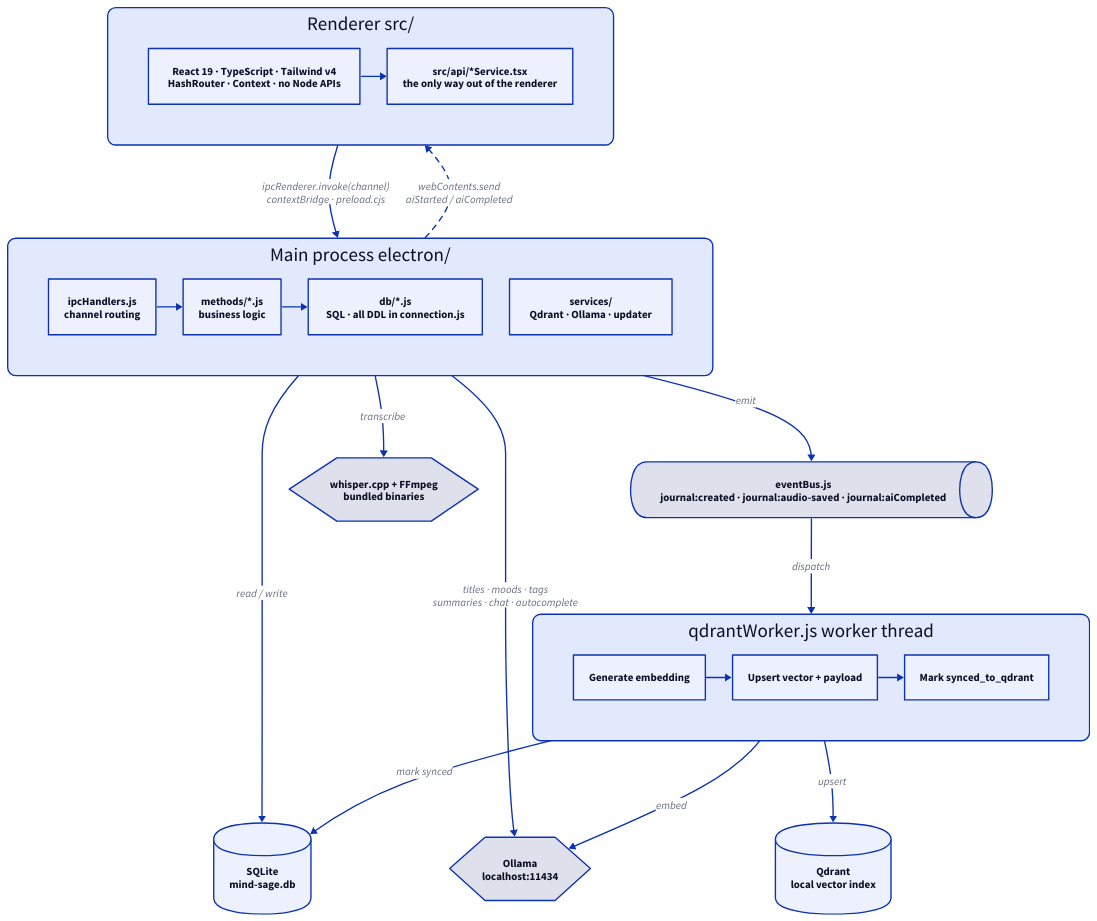
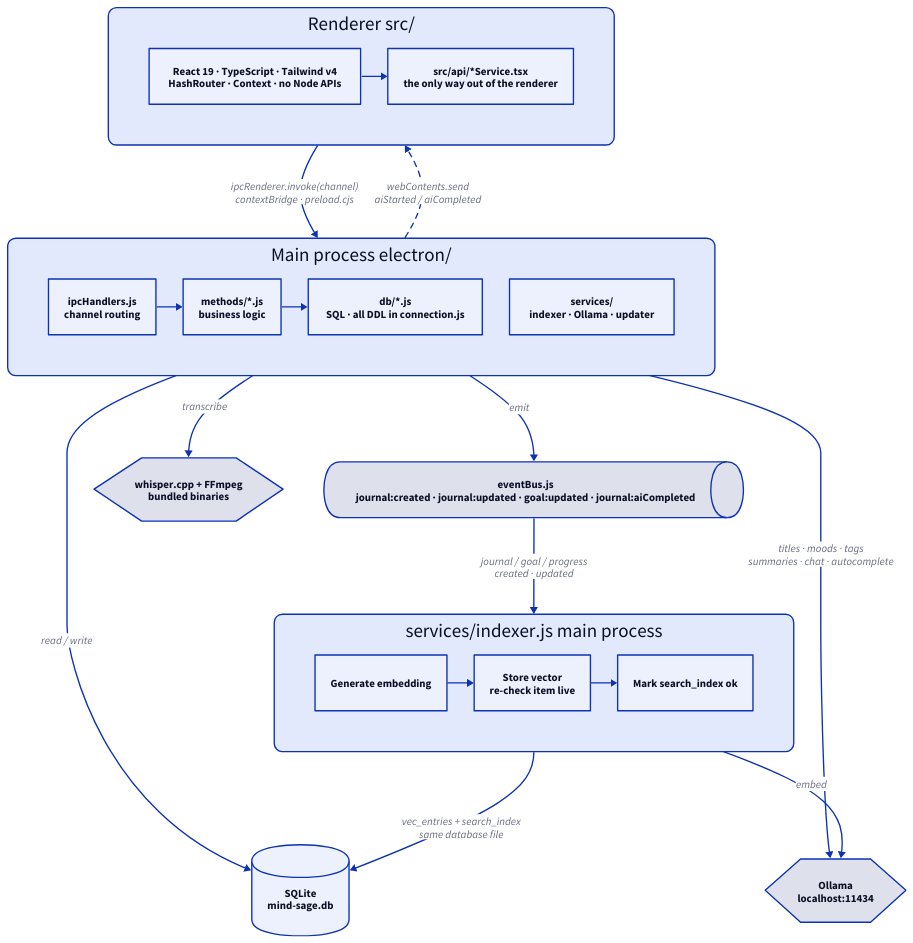
The diagram in assets/diagrams/src/architecture.d2 (Arinaymaybhaskar/MindSage_desktop_app), drawn with D2 before and after one commit. The commit also changed 37 other files, not shown here.

First line of the commit message:
chore(search): remove Qdrant leftovers from the UI, diagrams and README

```diff
--- a/assets/diagrams/src/architecture.d2
+++ b/assets/diagrams/src/architecture.d2
@@ -1,82 +1,76 @@
 # MindSage system architecture
 # Render: see assets/diagrams/README.md
 #
 # Layout note: edges here connect containers, not their children. D2 falls back
 # to a horizontal arrangement when an edge crosses into a nested child, which
 # turns this diagram into one very wide row.
 
 direction: down
 
 renderer: "Renderer   src/" {
   grid-columns: 2
   style.stroke-width: 2
   style.border-radius: 12
 
   ui: "React 19 · TypeScript · Tailwind v4\nHashRouter · Context · no Node APIs"
   api: "src/api/*Service.tsx\nthe only way out of the renderer"
 
   ui -> api
 }
 
 main: "Main process   electron/" {
   grid-columns: 4
   style.stroke-width: 2
   style.border-radius: 12
 
   handlers: "ipcHandlers.js\nchannel routing"
   methods: "methods/*.js\nbusiness logic"
   data: "db/*.js\nSQL · all DDL in connection.js"
-  services: "services/\nQdrant · Ollama · updater"
+  services: "services/\nindexer · Ollama · updater"
 
   handlers -> methods -> data
 }
 
-bus: "eventBus.js\njournal:created · journal:audio-saved · journal:aiCompleted" {
+bus: "eventBus.js\njournal:created · journal:updated · goal:updated · journal:aiCompleted" {
   shape: queue
   style.stroke-width: 2
 }
 
-worker: "qdrantWorker.js   worker thread" {
+indexer: "services/indexer.js   main process" {
   grid-columns: 3
   style.stroke-width: 2
   style.border-radius: 12
 
   embed: "Generate embedding"
-  upsert: "Upsert vector + payload"
-  mark: "Mark synced_to_qdrant"
+  store: "Store vector\nre-check item live"
+  mark: "Mark search_index ok"
 
-  embed -> upsert -> mark
+  embed -> store -> mark
 }
 
 sqlite: "SQLite\nmind-sage.db" {
-  shape: cylinder
-  style.stroke-width: 2
-}
-
-qdrant: "Qdrant\nlocal vector index" {
   shape: cylinder
   style.stroke-width: 2
 }
 
 ollama: "Ollama\nlocalhost:11434" {
   shape: hexagon
   style.stroke-width: 2
 }
 
 whisper: "whisper.cpp + FFmpeg\nbundled binaries" {
   shape: hexagon
   style.stroke-width: 2
 }
 
 renderer -> main: "ipcRenderer.invoke(channel)\ncontextBridge · preload.cjs"
 main -> sqlite: "read / write"
 main -> whisper: "transcribe"
 main -> ollama: "titles · moods · tags\nsummaries · chat · autocomplete"
 main -> bus: "emit"
-bus -> worker: "dispatch"
-worker -> ollama: "embed"
-worker -> qdrant: "upsert"
-worker -> sqlite: "mark synced"
+bus -> indexer: "journal / goal / progress\ncreated · updated"
+indexer -> ollama: "embed"
+indexer -> sqlite: "vec_entries + search_index\nsame database file"
 main -> renderer: "webContents.send\naiStarted / aiCompleted" {
   style.stroke-dash: 4
 }
```
